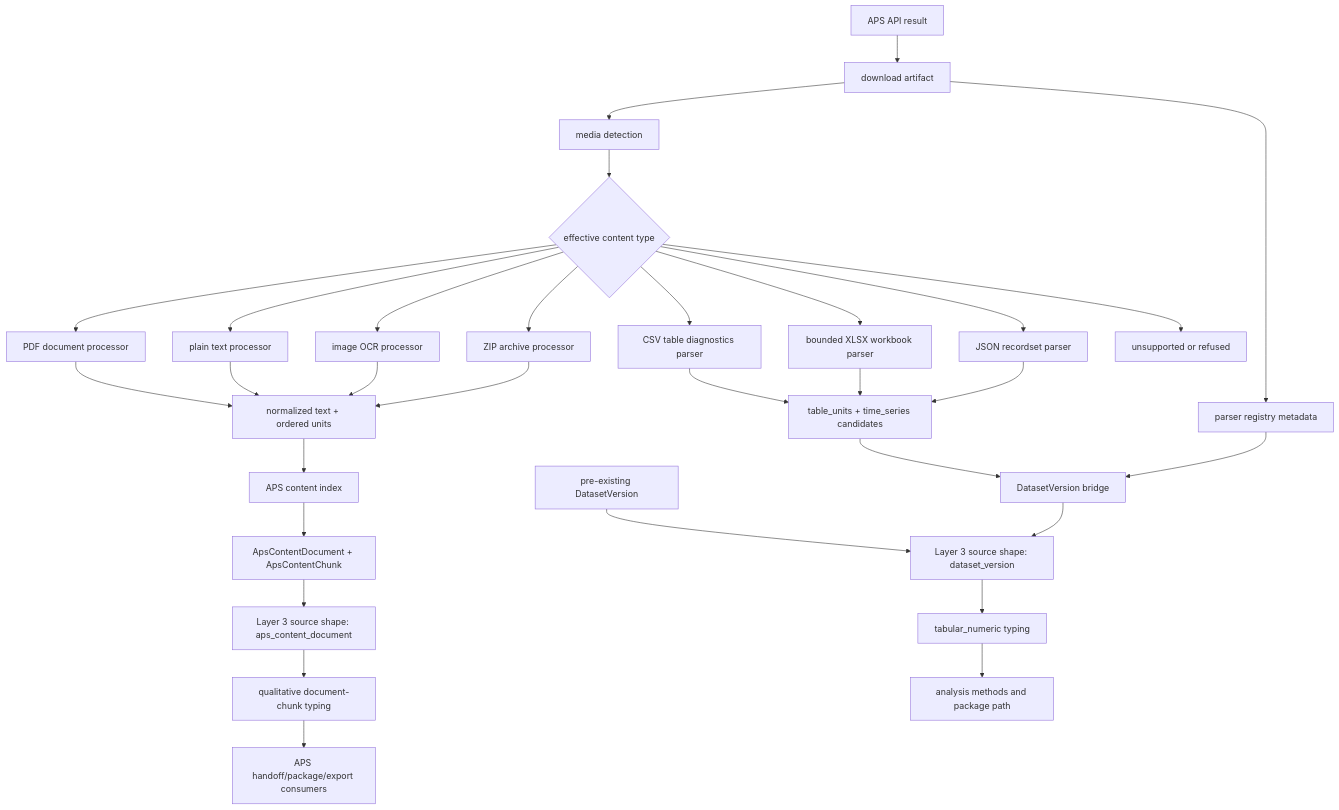
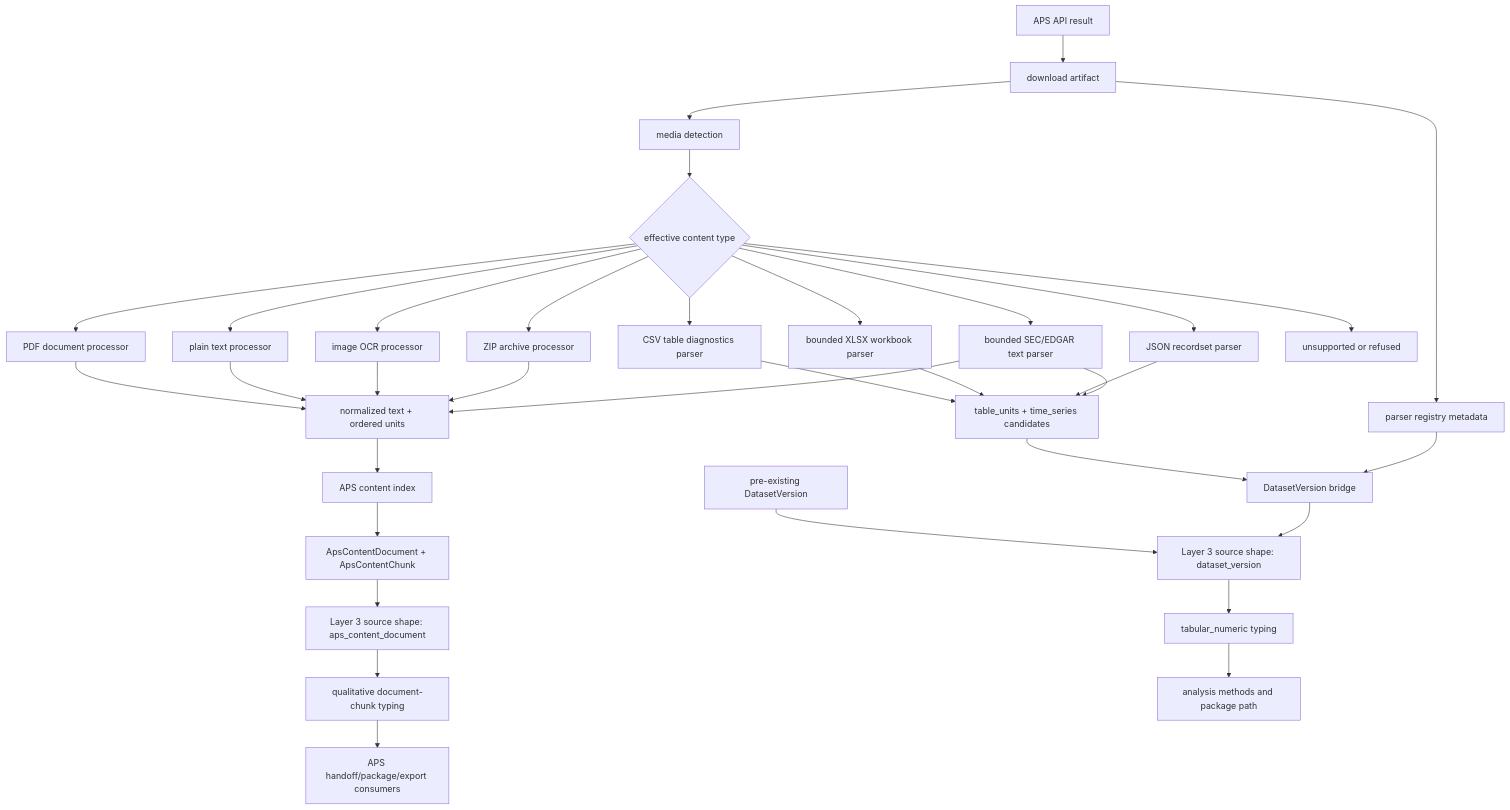
One commit to benjmcd/project6_REPO_MCP_FOLDER changed the first of 2 diagrams in next_milestone_plans/multi-ingest/README.md. Above: the diagram before and after it, drawn with Mermaid. The commit also changed other lines of this file and 21 other files, not shown here.

Commit message:
Add bounded APS SEC EDGAR filing parser

````diff
--- a/next_milestone_plans/multi-ingest/README.md
+++ b/next_milestone_plans/multi-ingest/README.md
@@ -58,35 +58,38 @@
 ```mermaid
 flowchart TD
     A["APS API result"] --> B["download artifact"]
     B --> C["media detection"]
     C --> D{"effective content type"}
     D --> E["PDF document processor"]
     D --> F["plain text processor"]
     D --> CSV["CSV table diagnostics parser"]
     D --> XLSX["bounded XLSX workbook parser"]
     D --> JSON["JSON recordset parser"]
+    D --> SEC["bounded SEC/EDGAR text parser"]
     D --> G["image OCR processor"]
     D --> H["ZIP archive processor"]
     D --> I["unsupported or refused"]
     E --> J["normalized text + ordered units"]
     F --> J
     G --> J
     H --> J
     CSV --> TU["table_units + time_series candidates"]
     XLSX --> TU
     JSON --> TU
+    SEC --> J
+    SEC --> TU
     TU --> U["opt-in table DatasetVersion bridge"]
     J --> K["APS content index"]
     K --> L["ApsContentDocument + ApsContentChunk"]
     L --> M["Layer 3 source shape: aps_content_document"]
     M --> N["qualitative document-chunk typing"]
     N --> O["APS handoff/package/export consumers"]
 
     P["pre-existing DatasetVersion"] --> Q["Layer 3 source shape: dataset_version"]
     Q --> R["tabular_numeric typing"]
     R --> S["analysis methods and package path"]
 
     B --> T["parser registry metadata"]
     T --> U["DatasetVersion bridge"]
     U --> Q
 ```
````
